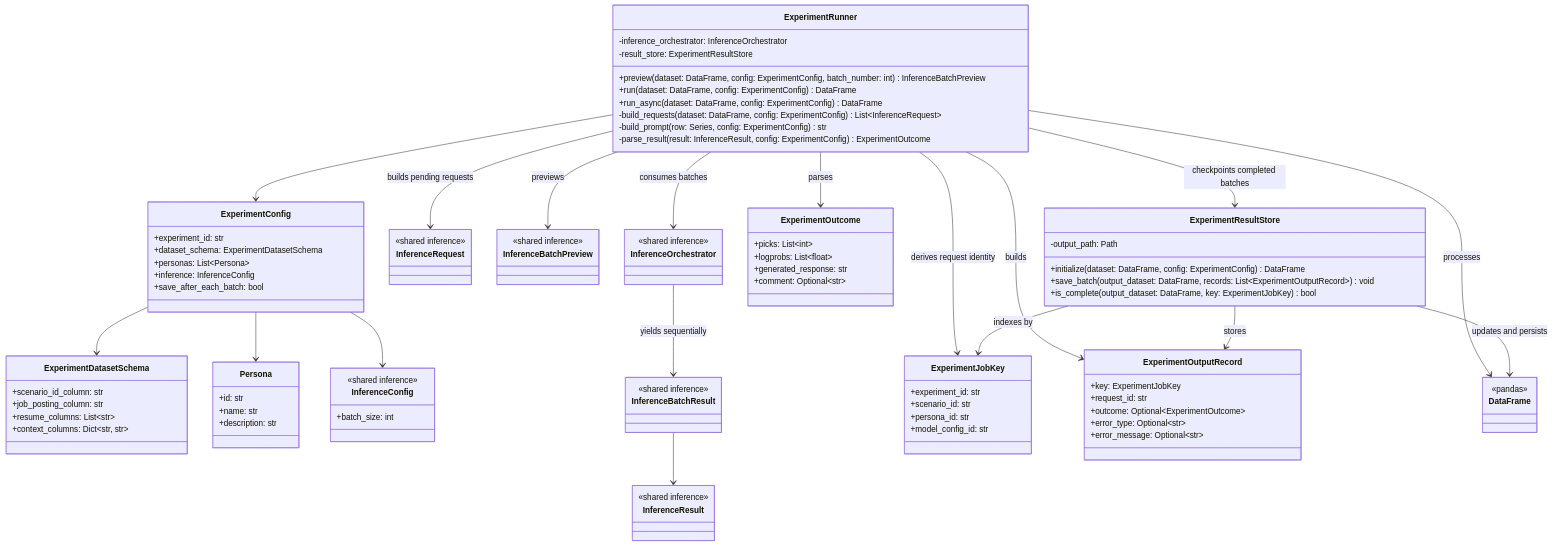
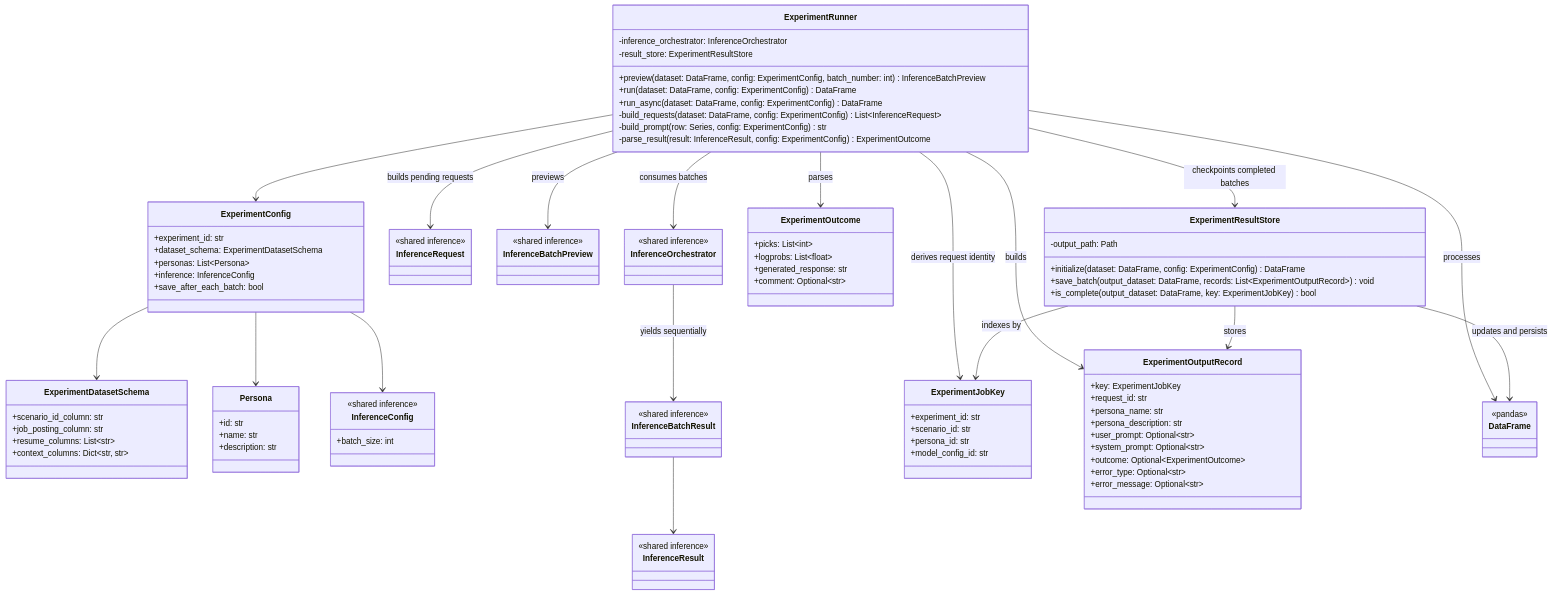
One commit to KirillUtyashev/LLM_AuditKit changed the diagram in docs/architecture/experiment_execution.mmd. Above: the diagram before and after it, drawn with Mermaid. The commit also changed 5 other files, not shown here.

```diff
--- a/docs/architecture/experiment_execution.mmd
+++ b/docs/architecture/experiment_execution.mmd
@@ -1,97 +1,101 @@
 ---
 config:
   theme: mc
 ---
 classDiagram
     class ExperimentConfig {
         +experiment_id: str
         +dataset_schema: ExperimentDatasetSchema
         +personas: List~Persona~
         +inference: InferenceConfig
         +save_after_each_batch: bool
     }
     class ExperimentDatasetSchema {
         +scenario_id_column: str
         +job_posting_column: str
         +resume_columns: List~str~
         +context_columns: Dict~str, str~
     }
     class Persona {
         +id: str
         +name: str
         +description: str
     }
     class InferenceConfig {
         <<shared inference>>
         +batch_size: int
     }
     class InferenceRequest {
         <<shared inference>>
     }
     class InferenceBatchPreview {
         <<shared inference>>
     }
     class InferenceBatchResult {
         <<shared inference>>
     }
     class InferenceResult {
         <<shared inference>>
     }
     class InferenceOrchestrator {
         <<shared inference>>
     }
     class ExperimentJobKey {
         +experiment_id: str
         +scenario_id: str
         +persona_id: str
         +model_config_id: str
     }
     class ExperimentOutcome {
         +picks: List~int~
         +logprobs: List~float~
         +generated_response: str
         +comment: Optional~str~
     }
     class ExperimentOutputRecord {
         +key: ExperimentJobKey
         +request_id: str
+        +persona_name: str
+        +persona_description: str
+        +user_prompt: Optional~str~
+        +system_prompt: Optional~str~
         +outcome: Optional~ExperimentOutcome~
         +error_type: Optional~str~
         +error_message: Optional~str~
     }
     class ExperimentRunner {
         -inference_orchestrator: InferenceOrchestrator
         -result_store: ExperimentResultStore
         +preview(dataset: DataFrame, config: ExperimentConfig, batch_number: int) InferenceBatchPreview
         +run(dataset: DataFrame, config: ExperimentConfig) DataFrame
         +run_async(dataset: DataFrame, config: ExperimentConfig) DataFrame
         -build_requests(dataset: DataFrame, config: ExperimentConfig) List~InferenceRequest~
         -build_prompt(row: Series, config: ExperimentConfig) str
         -parse_result(result: InferenceResult, config: ExperimentConfig) ExperimentOutcome
     }
     class ExperimentResultStore {
         -output_path: Path
         +initialize(dataset: DataFrame, config: ExperimentConfig) DataFrame
         +save_batch(output_dataset: DataFrame, records: List~ExperimentOutputRecord~) void
         +is_complete(output_dataset: DataFrame, key: ExperimentJobKey) bool
     }
     class DataFrame {
         <<pandas>>
     }
     ExperimentConfig --> Persona
     ExperimentConfig --> ExperimentDatasetSchema
     ExperimentConfig --> InferenceConfig
     ExperimentRunner --> ExperimentConfig
     ExperimentRunner --> ExperimentJobKey : derives request identity
     ExperimentRunner --> InferenceRequest : builds pending requests
     ExperimentRunner --> InferenceBatchPreview : previews
     ExperimentRunner --> InferenceOrchestrator : consumes batches
     InferenceOrchestrator --> InferenceBatchResult : yields sequentially
     InferenceBatchResult --> InferenceResult
     ExperimentRunner --> ExperimentOutcome : parses
     ExperimentRunner --> ExperimentOutputRecord : builds
     ExperimentRunner --> ExperimentResultStore : checkpoints completed batches
     ExperimentRunner --> DataFrame : processes
     ExperimentResultStore --> ExperimentJobKey : indexes by
     ExperimentResultStore --> ExperimentOutputRecord : stores
     ExperimentResultStore --> DataFrame : updates and persists
```
